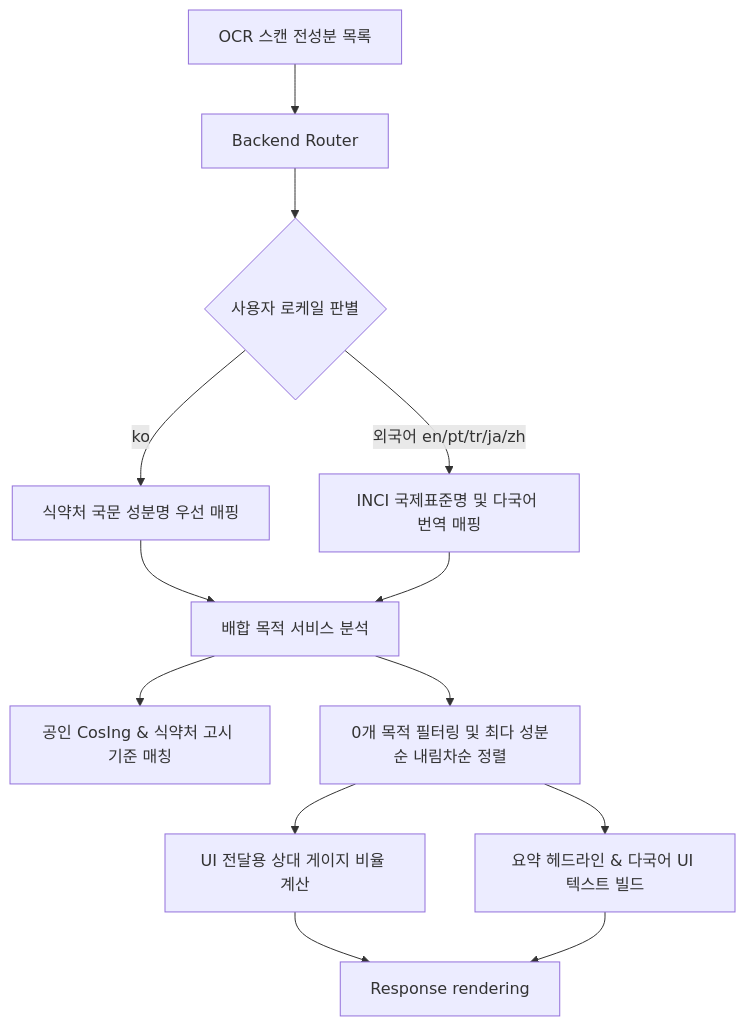
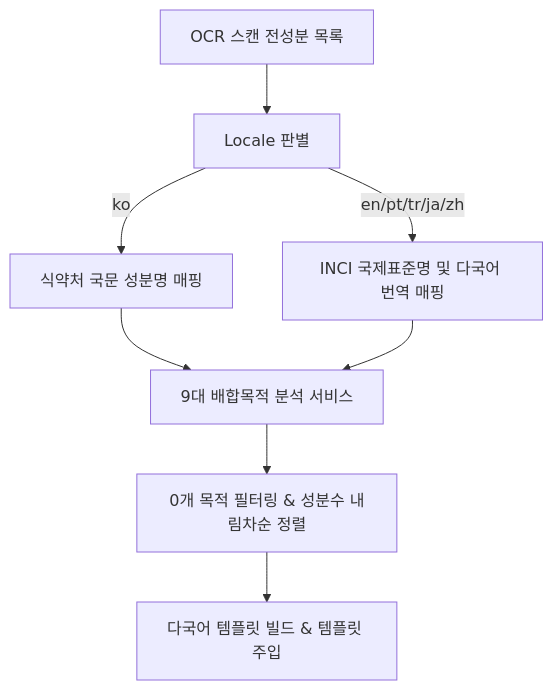
Before and after one commit to daniel-dataflow/daniel-dataflow.github.io: the diagram in content/posts/picksafe/2026-09-11-화장품-배합목적별-성분-분석-시각화-설계서.md, drawn with Mermaid. The commit also changed other lines of this file and 61 other files, not shown here.

````diff
--- a/content/posts/picksafe/2026-09-11-화장품-배합목적별-성분-분석-시각화-설계서.md
+++ b/content/posts/picksafe/2026-09-11-화장품-배합목적별-성분-분석-시각화-설계서.md
@@ -60,19 +50,10 @@
 ```mermaid
 flowchart TD
-    A[OCR 스캔 전성분 목록] --> B[Backend Router]
-    B --> C{사용자 로케일 판별}
-    
-    C -- ko --> D[식약처 국문 성분명 우선 매핑]
-    C -- 외국어 en/pt/tr/ja/zh --> E[INCI 국제표준명 및 다국어 번역 매핑]
-    
-    D --> F[배합 목적 서비스 분석]
-    E --> F
-    
-    F --> G[공인 CosIng & 식약처 고시 기준 매칭]
-    F --> H[0개 목적 필터링 및 최다 성분순 내림차순 정렬]
-    
-    H --> I[UI 전달용 상대 게이지 비율 계산]
-    H --> J[요약 헤드라인 & 다국어 UI 텍스트 빌드]
-    
-    I & J --> K[Response rendering]
+    A[OCR 스캔 전성분 목록] --> B[Locale 판별]
+    B -- ko --> C[식약처 국문 성분명 매핑]
+    B -- en/pt/tr/ja/zh --> D[INCI 국제표준명 및 다국어 번역 매핑]
+    C --> E[9대 배합목적 분석 서비스]
+    D --> E
+    E --> F[0개 목적 필터링 & 성분수 내림차순 정렬]
+    F --> G[다국어 템플릿 빌드 & 템플릿 주입]
 ```
````
